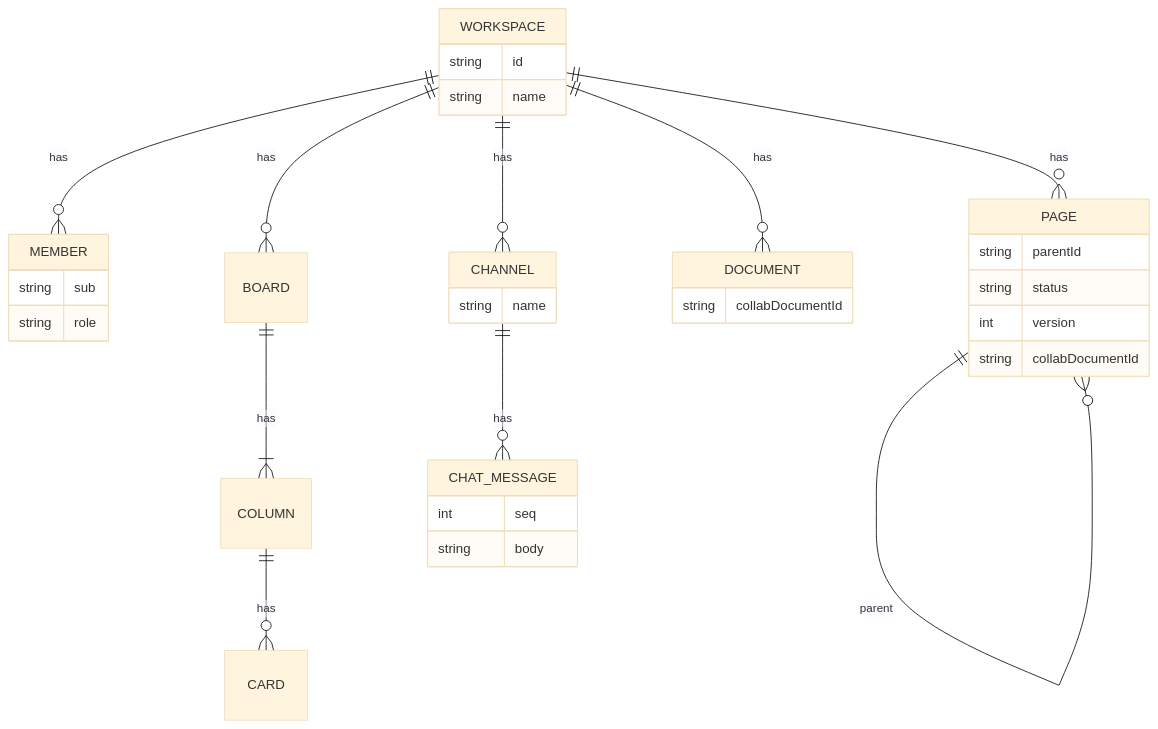
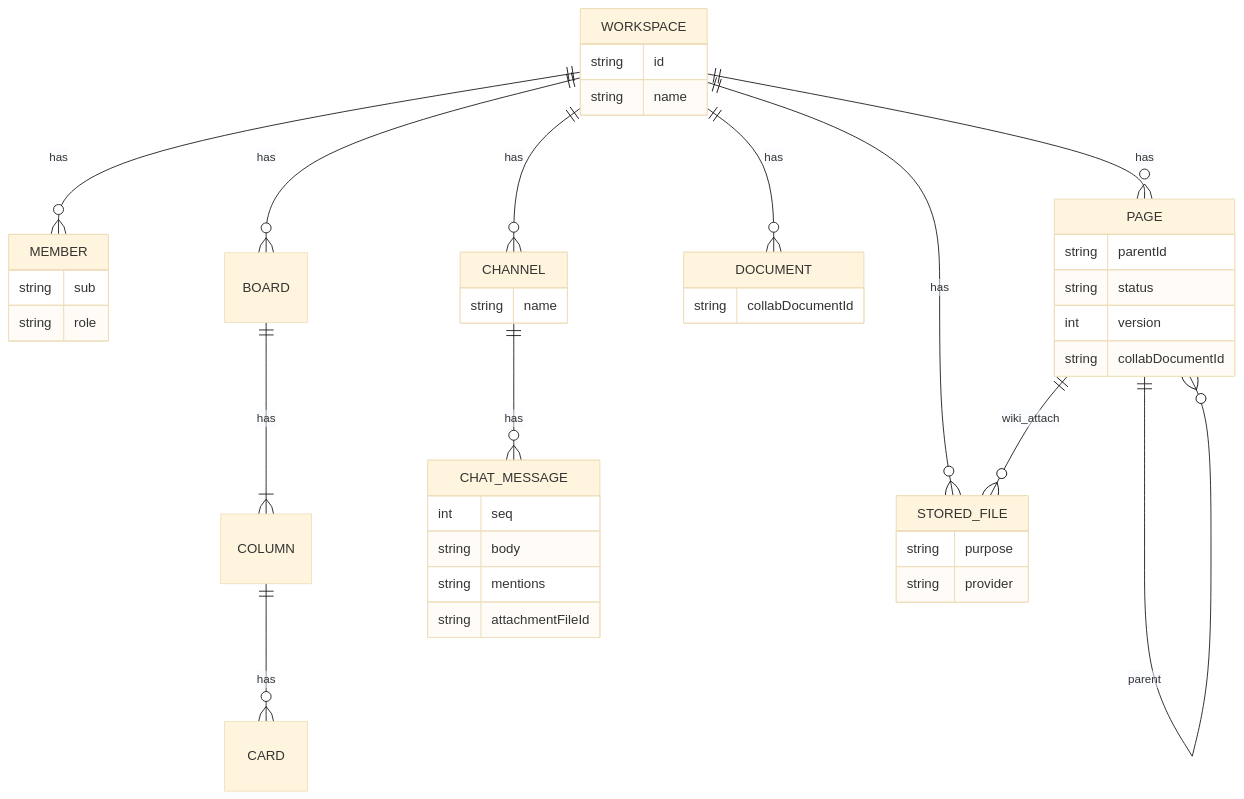
The ninth of 9 diagrams in portfolio-plan/workspace/docs/06-diagrams.md (maeplego/portfolio-plan), drawn with Mermaid (base theme) before and after one commit. The commit also changed other lines of this file and 7 other files, not shown here.

````diff
--- a/portfolio-plan/workspace/docs/06-diagrams.md
+++ b/portfolio-plan/workspace/docs/06-diagrams.md
@@ -137,36 +177,44 @@
 ```mermaid
 erDiagram
   WORKSPACE ||--o{ MEMBER : has
   WORKSPACE ||--o{ BOARD : has
   BOARD ||--|{ COLUMN : has
   COLUMN ||--o{ CARD : has
   WORKSPACE {
     string id
     string name
   }
   MEMBER {
     string sub
     string role
   }
   WORKSPACE ||--o{ PAGE : has
   PAGE ||--o{ PAGE : parent
   WORKSPACE ||--o{ DOCUMENT : has
   WORKSPACE ||--o{ CHANNEL : has
   CHANNEL ||--o{ CHAT_MESSAGE : has
+  WORKSPACE ||--o{ STORED_FILE : has
+  PAGE ||--o{ STORED_FILE : wiki_attach
   PAGE {
     string parentId
     string status
     int version
     string collabDocumentId
   }
   DOCUMENT {
     string collabDocumentId
   }
   CHANNEL {
     string name
   }
   CHAT_MESSAGE {
     int seq
     string body
+    string mentions
+    string attachmentFileId
+  }
+  STORED_FILE {
+    string purpose
+    string provider
   }
 ```
````
